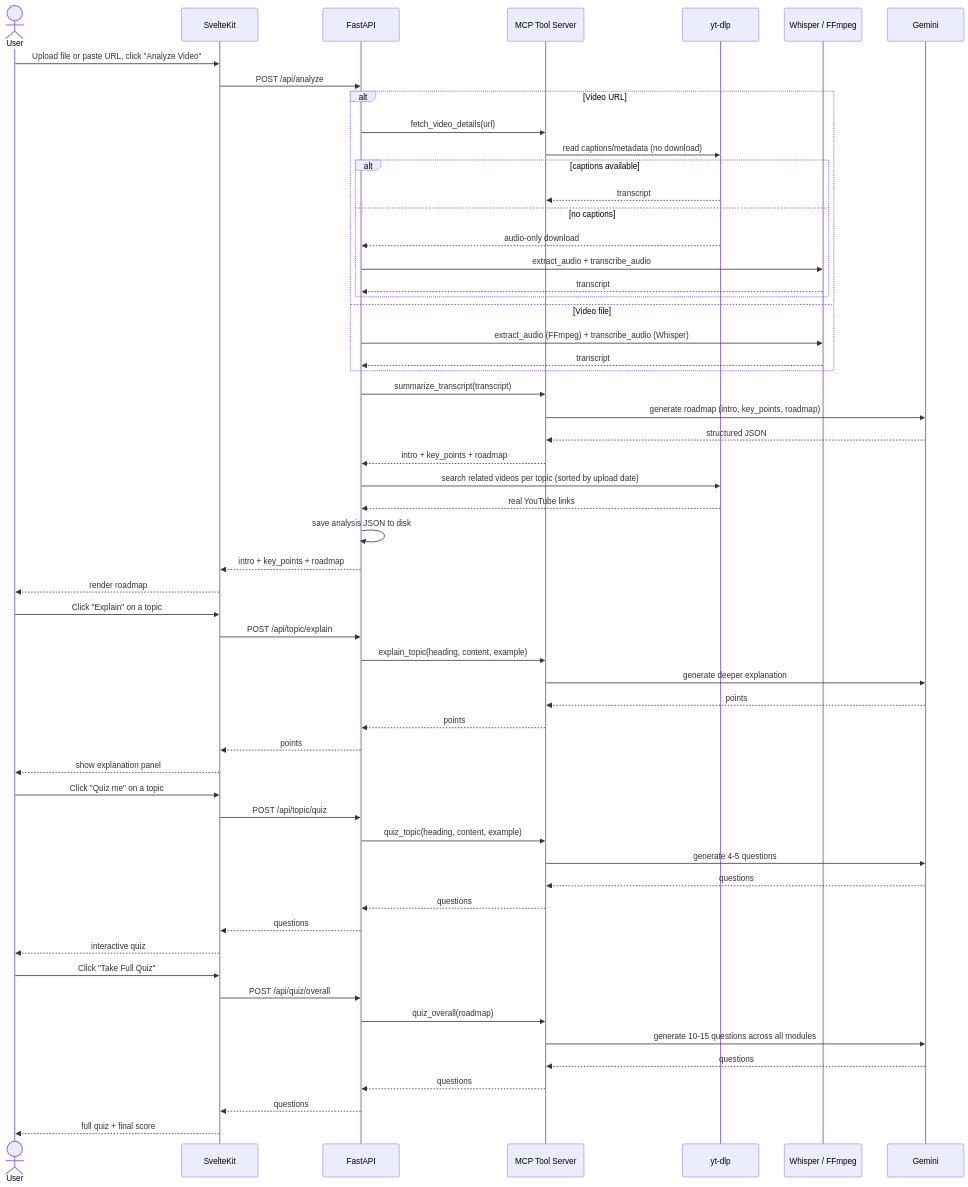
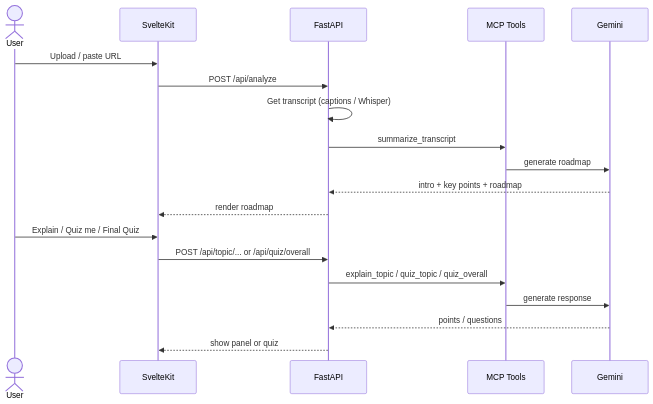
The second of 2 diagrams in README.md (Keerthi292/AI-Video-Knowledge-Extractor), drawn with Mermaid before and after one commit. The commit also changed other lines of this file, not shown here.

Commit message:
feat: simplify flowchart and sequence diagram in README for clearer understanding of video analysis process

````diff
--- a/README.md
+++ b/README.md
@@ -68,66 +44,23 @@
 ```mermaid
 sequenceDiagram
     actor User
     participant UI as SvelteKit
     participant API as FastAPI
-    participant MCP as MCP Tool Server
-    participant YT as yt-dlp
-    participant W as Whisper / FFmpeg
+    participant MCP as MCP Tools
     participant G as Gemini
 
-    User->>UI: Upload file or paste URL, click "Analyze Video"
+    User->>UI: Upload / paste URL
     UI->>API: POST /api/analyze
+    API->>API: Get transcript (captions / Whisper)
+    API->>MCP: summarize_transcript
+    MCP->>G: generate roadmap
+    G-->>API: intro + key points + roadmap
+    API-->>UI: render roadmap
 
-    alt Video URL
-        API->>MCP: fetch_video_details(url)
-        MCP->>YT: read captions/metadata (no download)
-        alt captions available
-            YT-->>MCP: transcript
-        else no captions
-            YT-->>API: audio-only download
-            API->>W: extract_audio + transcribe_audio
-            W-->>API: transcript
-        end
-    else Video file
-        API->>W: extract_audio (FFmpeg) + transcribe_audio (Whisper)
-        W-->>API: transcript
-    end
-
-    API->>MCP: summarize_transcript(transcript)
-    MCP->>G: generate roadmap (intro, key_points, roadmap)
-    G-->>MCP: structured JSON
-    MCP-->>API: intro + key_points + roadmap
-
-    API->>YT: search related videos per topic (sorted by upload date)
-    YT-->>API: real YouTube links
-    API->>API: save analysis JSON to disk
-    API-->>UI: intro + key_points + roadmap
-    UI-->>User: render roadmap
-
-    User->>UI: Click "Explain" on a topic
-    UI->>API: POST /api/topic/explain
-    API->>MCP: explain_topic(heading, content, example)
-    MCP->>G: generate deeper explanation
-    G-->>MCP: points
-    MCP-->>API: points
-    API-->>UI: points
-    UI-->>User: show explanation panel
-
-    User->>UI: Click "Quiz me" on a topic
-    UI->>API: POST /api/topic/quiz
-    API->>MCP: quiz_topic(heading, content, example)
-    MCP->>G: generate 4-5 questions
-    G-->>MCP: questions
-    MCP-->>API: questions
-    API-->>UI: questions
-    UI-->>User: interactive quiz
-
-    User->>UI: Click "Take Full Quiz"
-    UI->>API: POST /api/quiz/overall
-    API->>MCP: quiz_overall(roadmap)
-    MCP->>G: generate 10-15 questions across all modules
-    G-->>MCP: questions
-    MCP-->>API: questions
-    API-->>UI: questions
-    UI-->>User: full quiz + final score
+    User->>UI: Explain / Quiz me / Final Quiz
+    UI->>API: POST /api/topic/... or /api/quiz/overall
+    API->>MCP: explain_topic / quiz_topic / quiz_overall
+    MCP->>G: generate response
+    G-->>API: points / questions
+    API-->>UI: show panel or quiz
 ```
````
